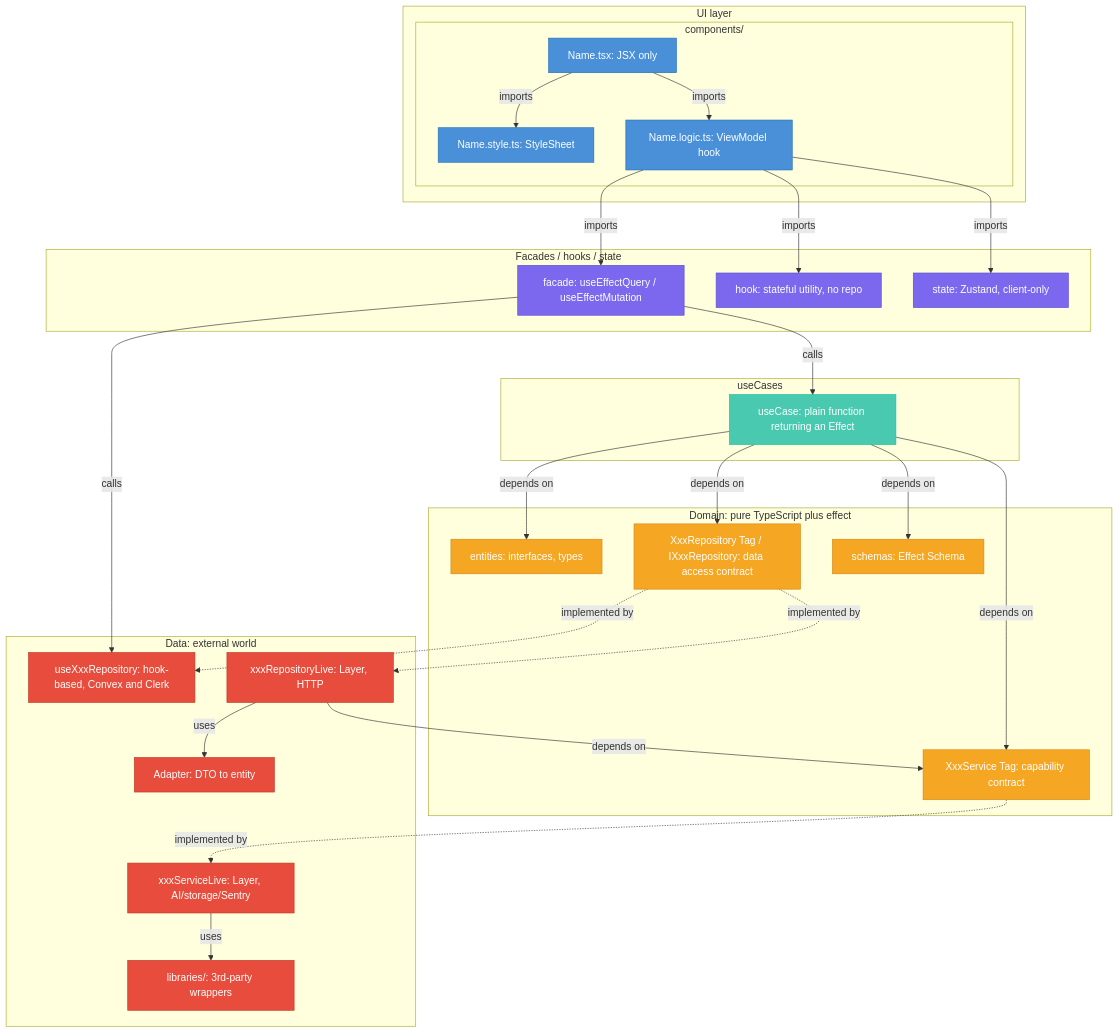
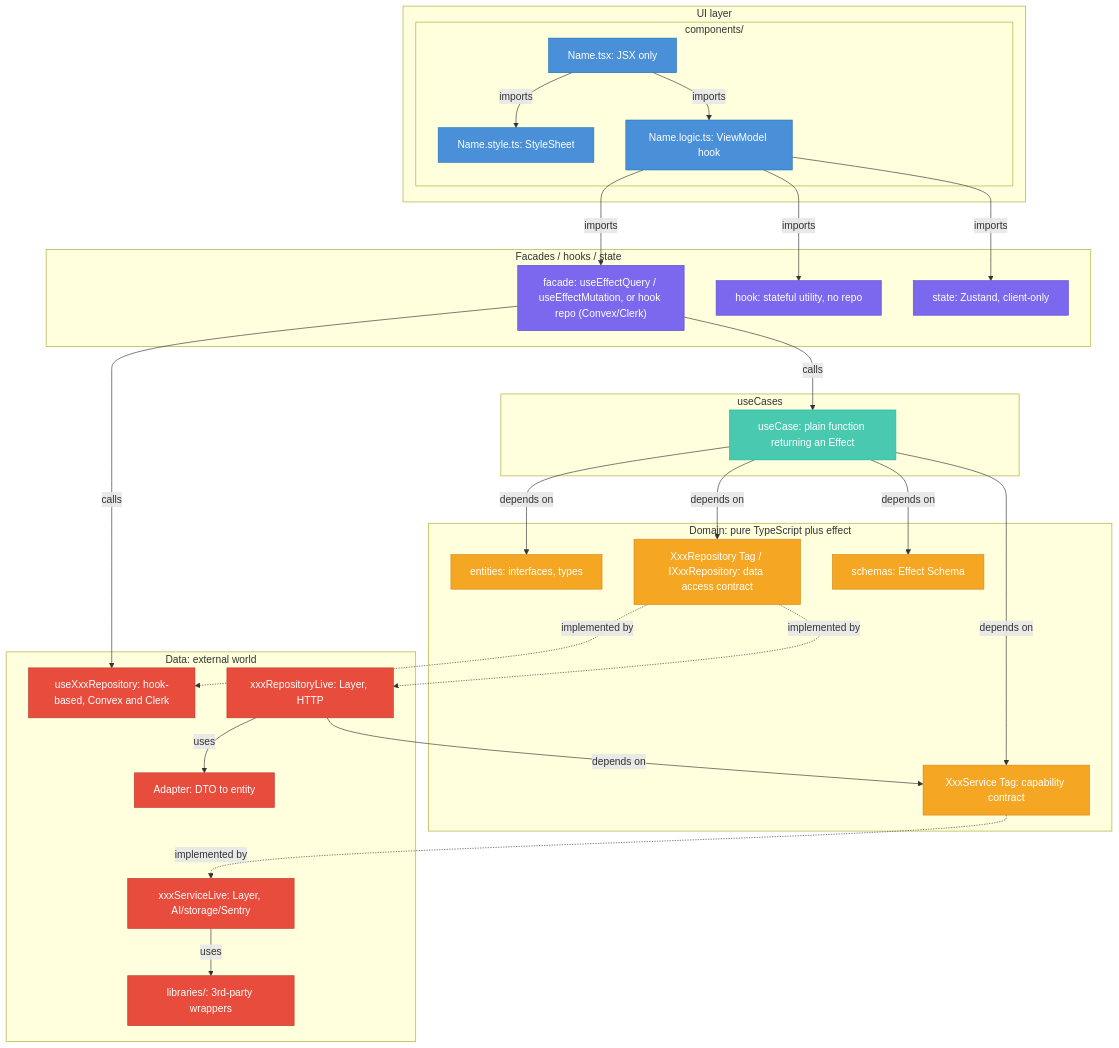
The diagram in wiki/docs/diagrams/architecture.mermaid (timothyrusso/HolidAI), drawn with Mermaid before and after one commit. The commit also changed 7 other files, not shown here.

```diff
--- a/wiki/docs/diagrams/architecture.mermaid
+++ b/wiki/docs/diagrams/architecture.mermaid
@@ -1,66 +1,66 @@
 %% Preview options:
 %% - VS Code extension : https://github.com/Mermaid-Chart/vscode-mermaid-chart
 %% - Online viewer     : https://mermaid.live/
 
 flowchart TD
     classDef ui       fill:#4A90D9,stroke:#2171B5,color:#fff
     classDef facade   fill:#7B68EE,stroke:#5A4FCF,color:#fff
     classDef usecase  fill:#48C9B0,stroke:#1ABC9C,color:#fff
     classDef domain   fill:#F5A623,stroke:#D4891A,color:#fff
     classDef data     fill:#E74C3C,stroke:#C0392B,color:#fff
     classDef core     fill:#7F8C8D,stroke:#616A6B,color:#fff
 
     subgraph UI["UI layer"]
         subgraph Components["components/"]
             TSX["Name.tsx: JSX only"]:::ui
             STY["Name.style.ts: StyleSheet"]:::ui
             LOG["Name.logic.ts: ViewModel hook"]:::ui
             TSX -->|"imports"| STY
             TSX -->|"imports"| LOG
         end
     end
 
     subgraph FHS["Facades / hooks / state"]
-        FAC["facade: useEffectQuery / useEffectMutation"]:::facade
+        FAC["facade: useEffectQuery / useEffectMutation, or hook repo (Convex/Clerk)"]:::facade
         HOK["hook: stateful utility, no repo"]:::facade
         STA["state: Zustand, client-only"]:::facade
     end
 
     subgraph UC["useCases"]
         USE["useCase: plain function returning an Effect"]:::usecase
     end
 
     subgraph DOM["Domain: pure TypeScript plus effect"]
         ENT["entities: interfaces, types"]:::domain
         IREP["XxxRepository Tag / IXxxRepository: data access contract"]:::domain
         ISVC["XxxService Tag: capability contract"]:::domain
         SCH["schemas: Effect Schema"]:::domain
     end
 
     subgraph DAT["Data: external world"]
         HREP["useXxxRepository: hook-based, Convex and Clerk"]:::data
         CREP["xxxRepositoryLive: Layer, HTTP"]:::data
         ADA["Adapter: DTO to entity"]:::data
         SVC["xxxServiceLive: Layer, AI/storage/Sentry"]:::data
         LIB["libraries/: 3rd-party wrappers"]:::data
     end
 
     LOG -->|"imports"| FAC
     LOG -->|"imports"| HOK
     LOG -->|"imports"| STA
 
     FAC -->|"calls"| USE
     FAC -->|"calls"| HREP
 
     USE -->|"depends on"| ENT
     USE -->|"depends on"| IREP
     USE -->|"depends on"| ISVC
     USE -->|"depends on"| SCH
 
     IREP -.->|"implemented by"| HREP
     IREP -.->|"implemented by"| CREP
     ISVC -.->|"implemented by"| SVC
 
     CREP -->|"depends on"| ISVC
     CREP -->|"uses"| ADA
     SVC -->|"uses"| LIB
```
